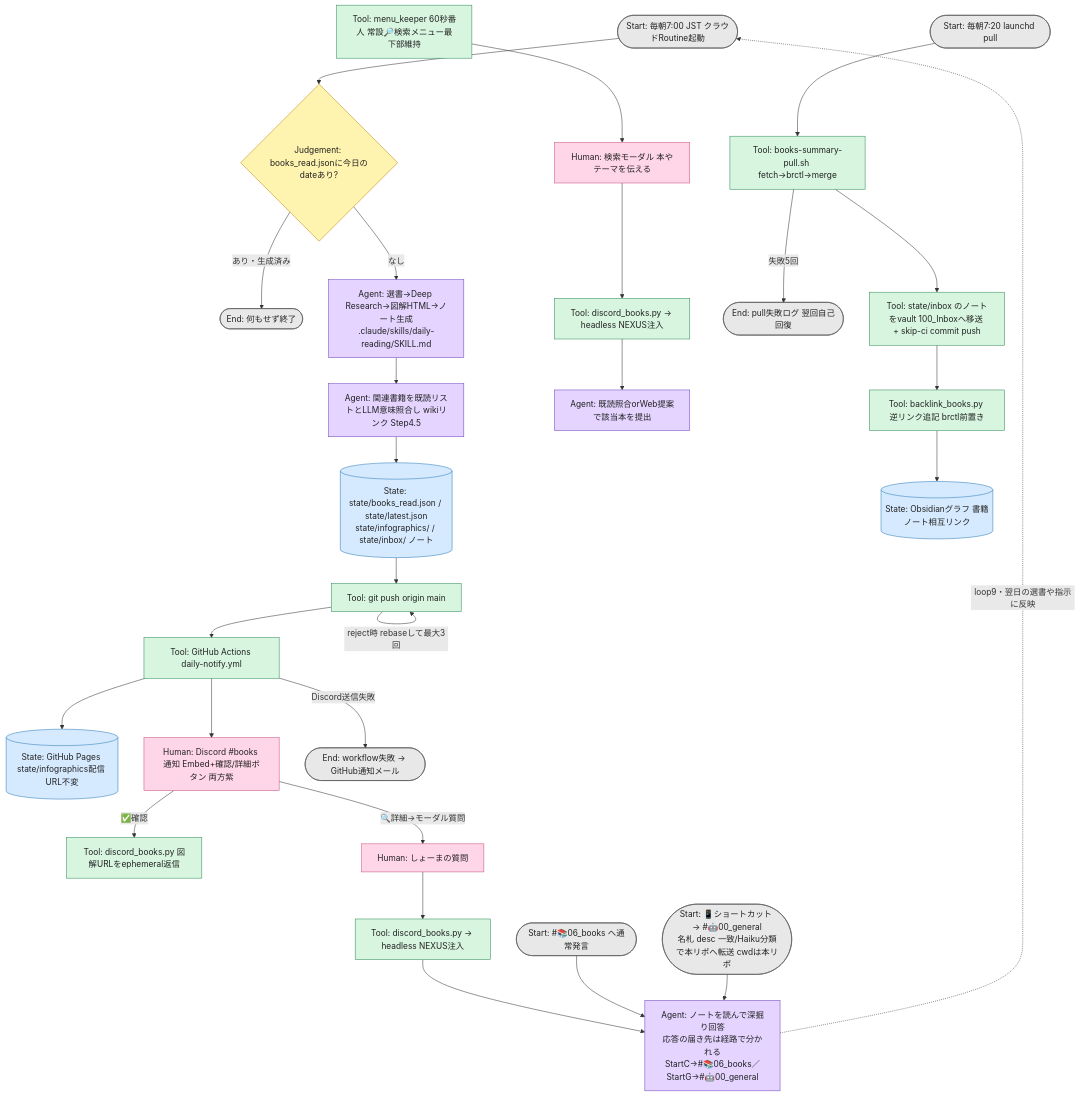
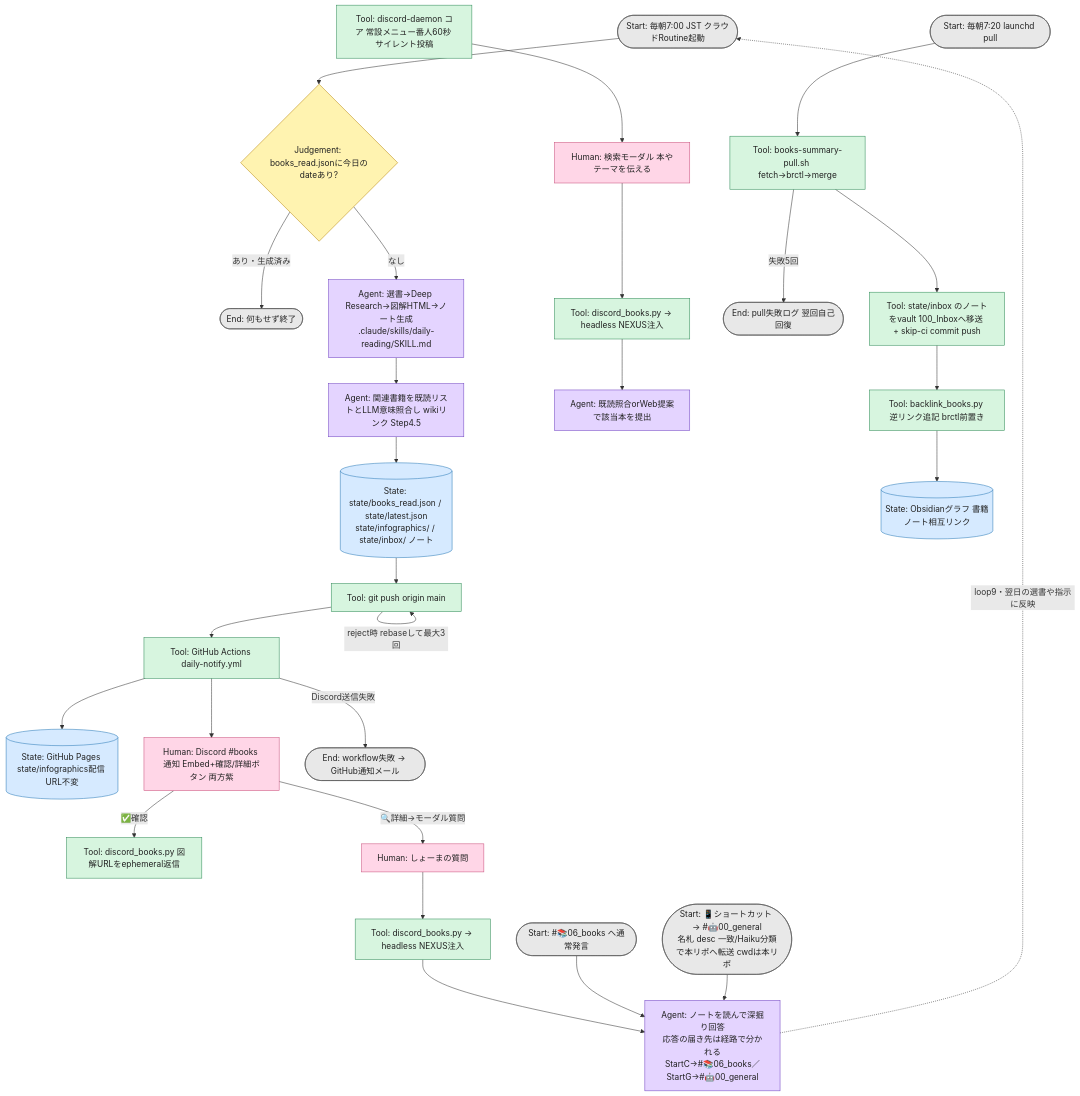
One commit to oshomadesse/books-summary changed the first of 2 diagrams in README.md. Above: the diagram before and after it, drawn with Mermaid. The commit also changed other lines of this file and 3 other files, not shown here.

````diff
--- a/README.md
+++ b/README.md
@@ -63,38 +63,38 @@
 ```mermaid
 flowchart TD
     %% この図はHumanがグラフを監視する唯一の場所。Node・Edge・Loop・State変更時は同じpushで必ず更新する（.claude/rules/docs-sync.md）。
     Start([Start: 毎朝7:00 JST クラウドRoutine起動]):::startend --> G{Judgement: books_read.jsonに今日のdateあり?}:::judgement
     G -->|あり・生成済み| EndSkip([End: 何もせず終了]):::startend
     G -->|なし| A["Agent: 選書→Deep Research→図解HTML→ノート生成<br>.claude/skills/daily-reading/SKILL.md"]:::agent
     A --> L[Agent: 関連書籍を既読リストとLLM意味照合し wikiリンク Step4.5]:::agent
     L --> SR[("State: state/books_read.json / state/latest.json<br>state/infographics/ / state/inbox/ ノート")]:::state
     SR --> P[Tool: git push origin main]:::tool
     P -->|reject時 rebaseして最大3回| P
     P --> W[Tool: GitHub Actions daily-notify.yml]:::tool
     W --> PG[(State: GitHub Pages state/infographics配信 URL不変)]:::state
     W --> DN[Human: Discord #books 通知 Embed+確認/詳細ボタン 両方紫]:::human
     DN -->|✅確認| CF[Tool: discord_books.py 図解URLをephemeral返信]:::tool
-    MK[Tool: menu_keeper 60秒番人 常設🔎検索メニュー最下部維持]:::tool --> SM[Human: 検索モーダル 本やテーマを伝える]:::human
+    MK[Tool: discord-daemon コア 常設メニュー番人60秒 サイレント投稿]:::tool --> SM[Human: 検索モーダル 本やテーマを伝える]:::human
     SM --> DB2[Tool: discord_books.py → headless NEXUS注入]:::tool
     DB2 --> SA[Agent: 既読照合orWeb提案で該当本を提出]:::agent
     W -->|Discord送信失敗| ErrW([End: workflow失敗 → GitHub通知メール]):::startend
     Start2([Start: 毎朝7:20 launchd pull]):::startend --> PU[Tool: books-summary-pull.sh fetch→brctl→merge]:::tool
     PU -->|失敗5回| ErrP([End: pull失敗ログ 翌回自己回復]):::startend
     PU --> MV[Tool: state/inbox のノートをvault 100_Inboxへ移送 + skip-ci commit push]:::tool
     MV --> BL[Tool: backlink_books.py 逆リンク追記 brctl前置き]:::tool
     BL --> OB[(State: Obsidianグラフ 書籍ノート相互リンク)]:::state
     DN -->|🔍詳細→モーダル質問| HD[Human: しょーまの質問]:::human
     HD --> DB[Tool: discord_books.py → headless NEXUS注入]:::tool
     DB --> DA[Agent: ノートを読んで深掘り回答<br>応答の届き先は経路で分かれる<br>StartC→#📚06_books／StartG→#🤖00_general]:::agent
     StartC([Start: #📚06_books へ通常発言]):::startend --> DA
     StartG([Start: 📱ショートカット → #🤖00_general<br>名札 desc 一致/Haiku分類で本リポへ転送 cwdは本リポ]):::startend --> DA
     DA -.->|loop9・翌日の選書や指示に反映| Start
 
     classDef agent fill:#e4d4ff,stroke:#6f42c1,color:#222
     classDef tool fill:#d7f5df,stroke:#2e8b57,color:#222
     classDef human fill:#ffd6e7,stroke:#c94f7c,color:#222
     classDef evaluator fill:#ffe0b2,stroke:#d97706,color:#222
     classDef state fill:#d6eaff,stroke:#2878b5,color:#222
     classDef judgement fill:#fff3b0,stroke:#b8860b,color:#222
     classDef startend fill:#e8e8e8,stroke:#555,color:#222
 ```
````
